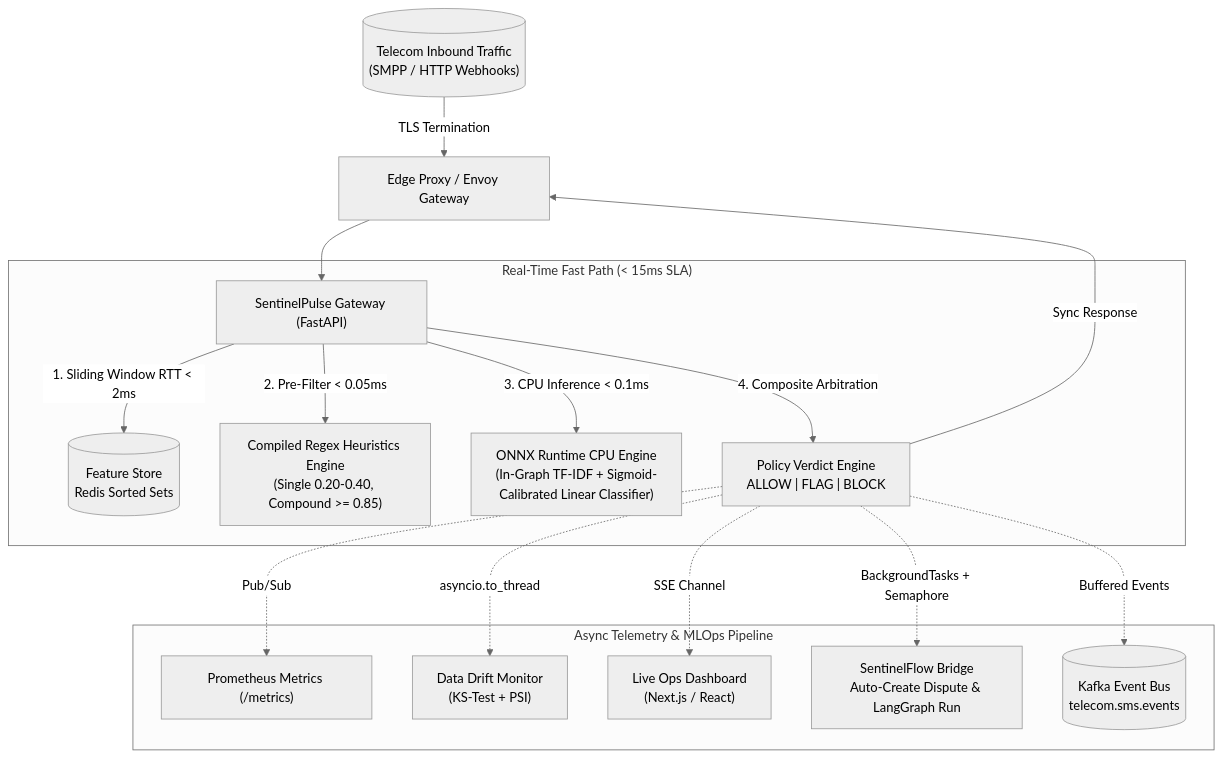
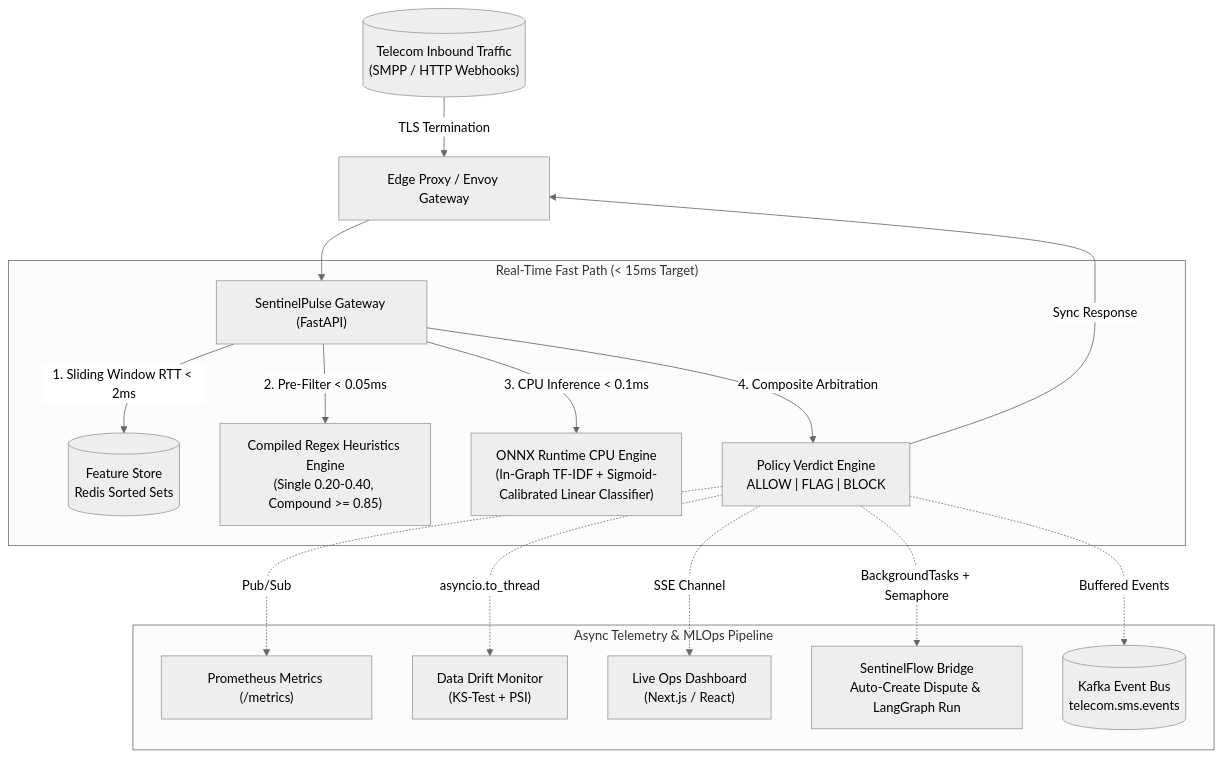
Before and after one commit to thiago-terceiro/sentinelflow: the first of 2 diagrams in SYSTEM_DESIGN.md, drawn with Mermaid (neutral theme). The commit also changed other lines of this file and 26 other files, not shown here.

````diff
--- a/SYSTEM_DESIGN.md
+++ b/SYSTEM_DESIGN.md
@@ -13,22 +13,22 @@
 ```mermaid
 flowchart TD
     Client[("Telecom Inbound Traffic<br/>(SMPP / HTTP Webhooks)")] -->|TLS Termination| Edge["Edge Proxy / Envoy Gateway"]
     Edge --> Gateway["SentinelPulse Gateway (FastAPI)"]
     
-    subgraph "Real-Time Fast Path (< 15ms SLA)"
+    subgraph "Real-Time Fast Path (< 15ms Target)"
         Gateway -->|1. Sliding Window RTT < 2ms| Redis[("Feature Store<br/>Redis Sorted Sets")]
         Gateway -->|2. Pre-Filter < 0.05ms| Regex["Compiled Regex Heuristics Engine<br/>(Single 0.20-0.40, Compound >= 0.85)"]
         Gateway -->|3. CPU Inference < 0.1ms| ONNX["ONNX Runtime CPU Engine<br/>(In-Graph TF-IDF + Sigmoid-Calibrated Linear Classifier)"]
         Gateway -->|4. Composite Arbitration| Decider["Policy Verdict Engine<br/>ALLOW | FLAG | BLOCK"]
     end
     
     Decider -->|Sync Response| Edge
     
     subgraph "Async Telemetry & MLOps Pipeline"
         Decider -.->|Pub/Sub| Prometheus["Prometheus Metrics (/metrics)"]
         Decider -.->|asyncio.to_thread| Drift["Data Drift Monitor<br/>(KS-Test + PSI)"]
         Decider -.->|SSE Channel| Dashboard["Live Ops Dashboard<br/>(Next.js / React)"]
         Decider -.->|BackgroundTasks + Semaphore| Escalation["SentinelFlow Bridge<br/>Auto-Create Dispute & LangGraph Run"]
         Decider -.->|Buffered Events| Kafka[("Kafka Event Bus<br/>telecom.sms.events")]
     end
 ```
````
